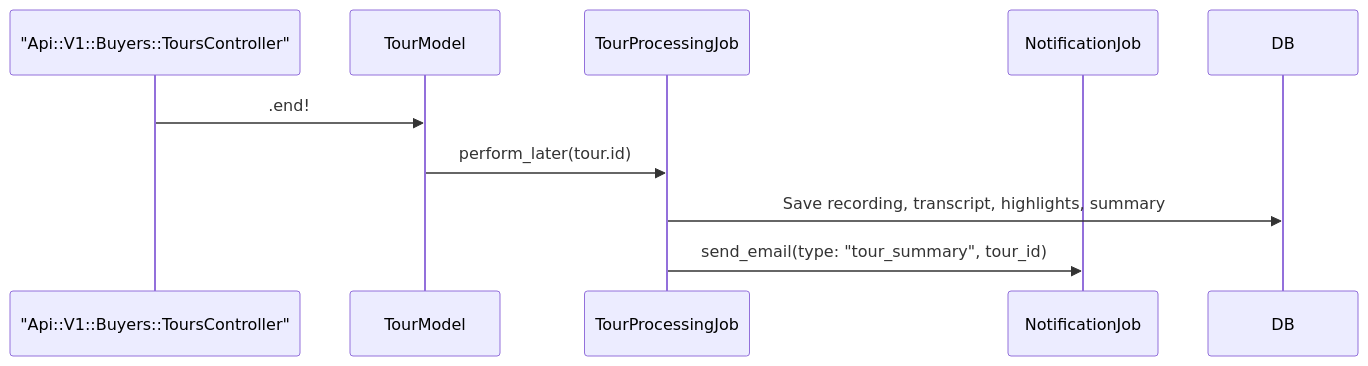
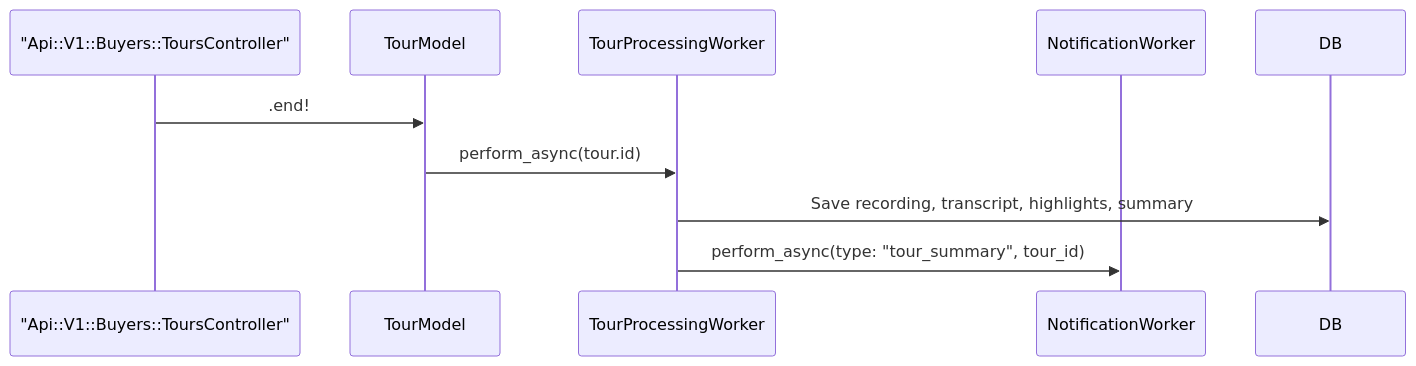
Before and after one commit to Video-API-architecture/architecture-proposal: the diagram in diagrams/buyers/post-tour.mermaid, drawn with Mermaid. The commit also changed 15 other files, not shown here.

```diff
--- a/diagrams/buyers/post-tour.mermaid
+++ b/diagrams/buyers/post-tour.mermaid
@@ -1,14 +1,14 @@
 sequenceDiagram
     participant ToursController as "Api::V1::Buyers::ToursController"
     participant TourModel
-    participant TourProcessingJob
-    participant NotificationJob
+    participant TourProcessingWorker
+    participant NotificationWorker
     participant DB
 
     %% Step 1: End tour
     ToursController->>TourModel: .end!
-    TourModel->>TourProcessingJob: perform_later(tour.id)
+    TourModel->>TourProcessingWorker: perform_async(tour.id)
 
-    %% Step 2: Background processing inside TourProcessingJob
-    TourProcessingJob->>DB: Save recording, transcript, highlights, summary
-    TourProcessingJob->>NotificationJob: send_email(type: "tour_summary", tour_id)
+    %% Step 2: Background processing inside TourProcessingWorker
+    TourProcessingWorker->>DB: Save recording, transcript, highlights, summary
+    TourProcessingWorker->>NotificationWorker: perform_async(type: "tour_summary", tour_id)
```
